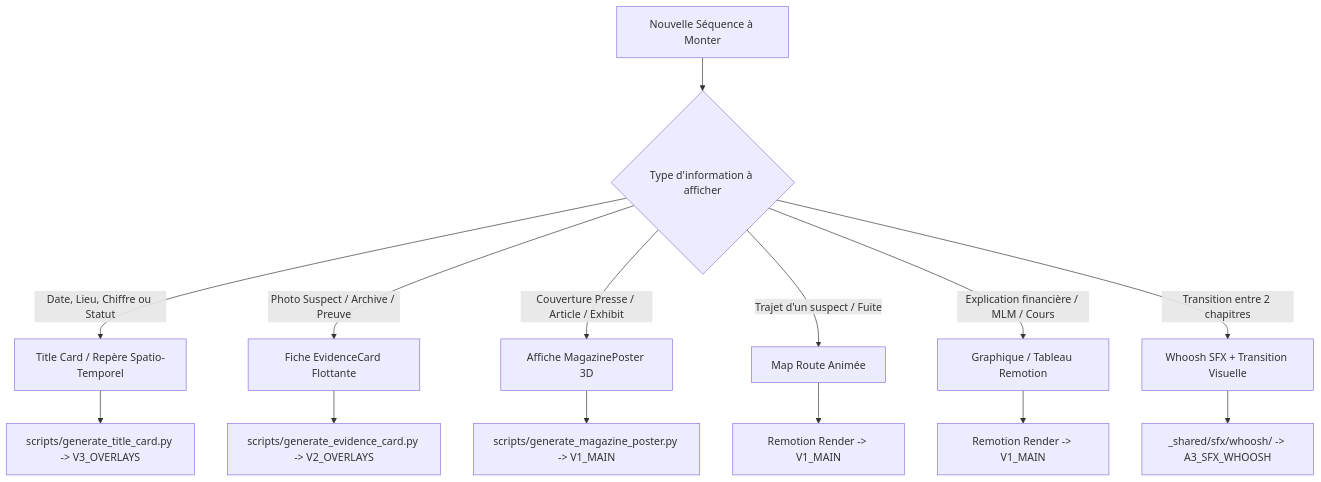
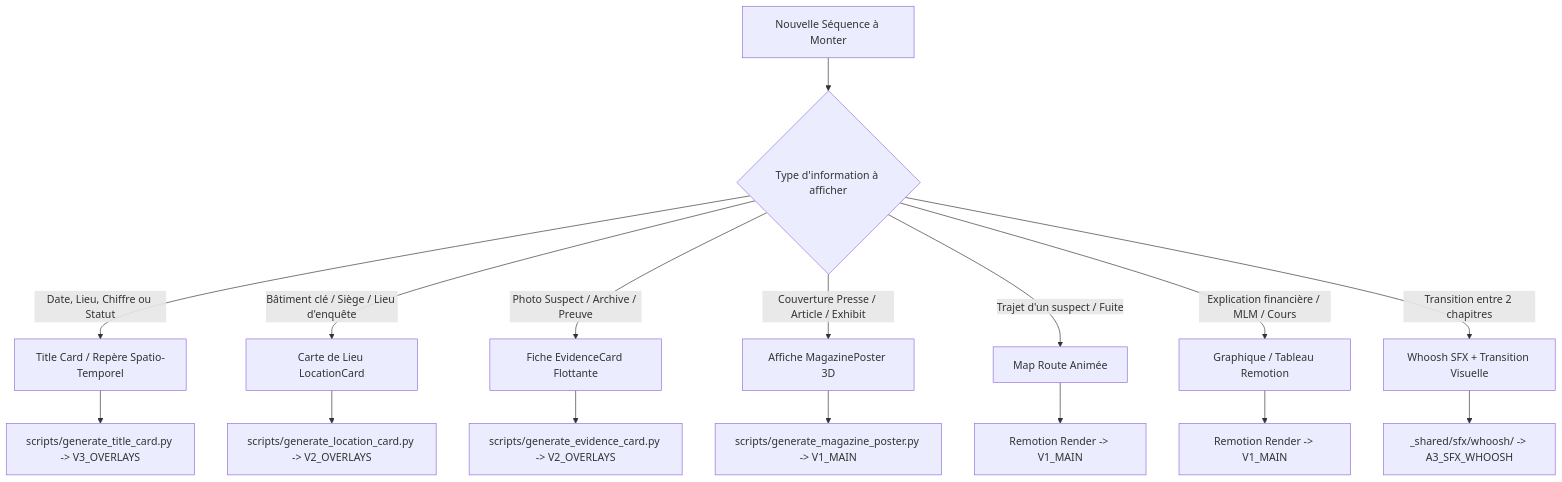
The diagram in docs/reutilisable/README.md (AutomatonElt/crise_financiere), drawn with Mermaid before and after one commit. The commit also changed other lines of this file and 78 other files, not shown here.

````diff
--- a/docs/reutilisable/README.md
+++ b/docs/reutilisable/README.md
@@ -37,17 +38,19 @@
 ```mermaid
 graph TD
     A[Nouvelle Séquence à Monter] --> B{Type d'information à afficher}
     B -->|Date, Lieu, Chiffre ou Statut| C[Title Card / Repère Spatio-Temporel]
+    B -->|Bâtiment clé / Siège / Lieu d'enquête| L[Carte de Lieu LocationCard]
     B -->|Photo Suspect / Archive / Preuve| G[Fiche EvidenceCard Flottante]
     B -->|Couverture Presse / Article / Exhibit| H[Affiche MagazinePoster 3D]
     B -->|Trajet d'un suspect / Fuite| D[Map Route Animée]
     B -->|Explication financière / MLM / Cours| E[Graphique / Tableau Remotion]
     B -->|Transition entre 2 chapitres| F[Whoosh SFX + Transition Visuelle]
     
     C --> C1[scripts/generate_title_card.py -> V3_OVERLAYS]
+    L --> L1[scripts/generate_location_card.py -> V2_OVERLAYS]
     G --> G1[scripts/generate_evidence_card.py -> V2_OVERLAYS]
     H --> H1[scripts/generate_magazine_poster.py -> V1_MAIN]
     D --> D1[Remotion Render -> V1_MAIN]
     E --> E1[Remotion Render -> V1_MAIN]
     F --> F1[_shared/sfx/whoosh/ -> A3_SFX_WHOOSH]
 ```
````
